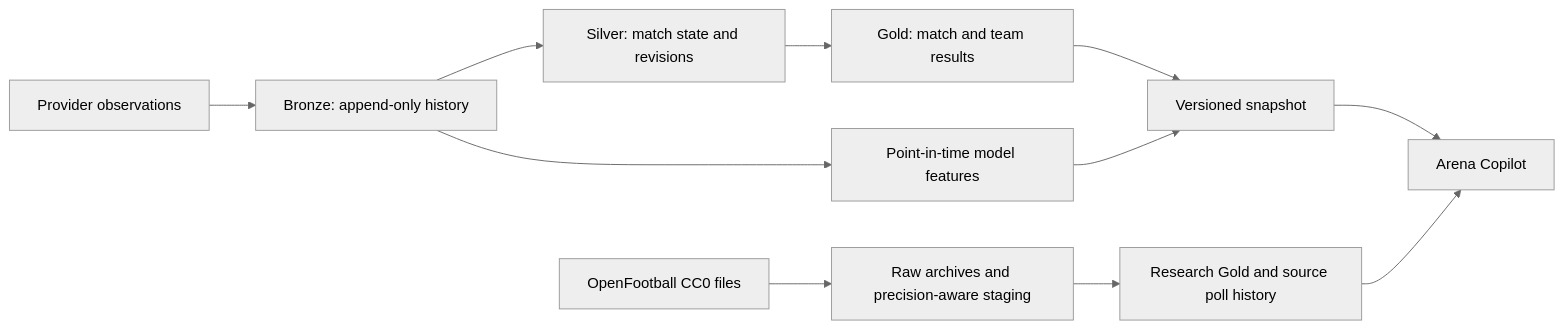
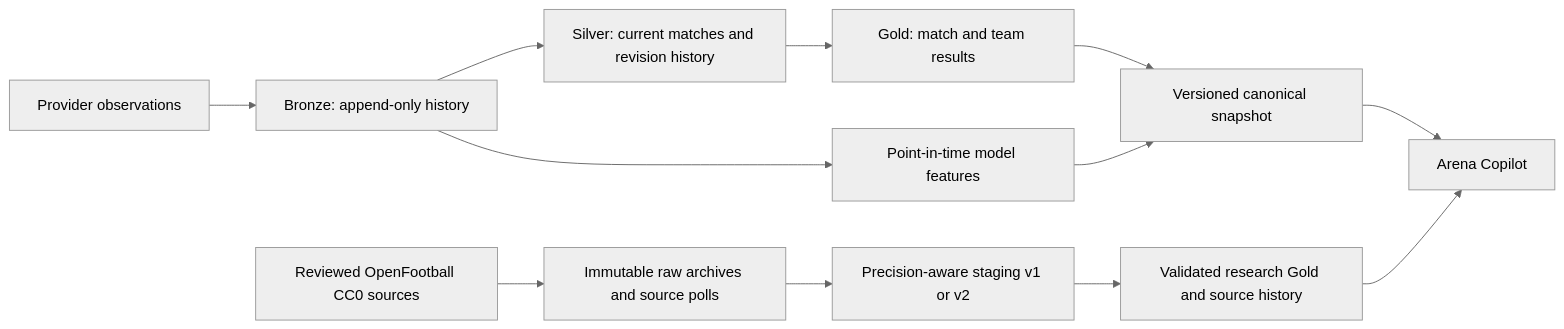
One commit to Manuelma4/arena-lakehouse changed the diagram in README.md. Above: the diagram before and after it, drawn with Mermaid (neutral theme). The commit also changed other lines of this file and 18 other files, not shown here.

````diff
--- a/README.md
+++ b/README.md
@@ -19,13 +33,14 @@
 ```mermaid
 flowchart LR
     A[Provider observations] --> B[Bronze: append-only history]
-    B --> C[Silver: match state and revisions]
+    B --> C[Silver: current matches and revision history]
     C --> D[Gold: match and team results]
     B --> E[Point-in-time model features]
-    D --> F[Versioned snapshot]
+    D --> F[Versioned canonical snapshot]
     E --> F
     F --> G[Arena Copilot]
-    H[OpenFootball CC0 files] --> I[Raw archives and precision-aware staging]
-    I --> J[Research Gold and source poll history]
-    J --> G
+    H[Reviewed OpenFootball CC0 sources] --> I[Immutable raw archives and source polls]
+    I --> J[Precision-aware staging v1 or v2]
+    J --> K[Validated research Gold and source history]
+    K --> G
 ```
````
